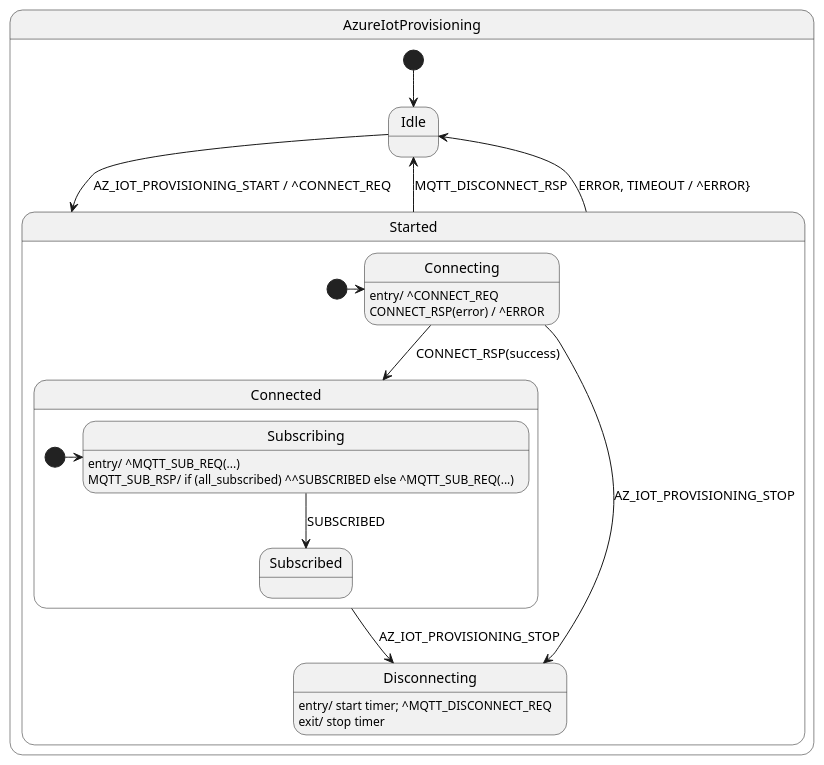
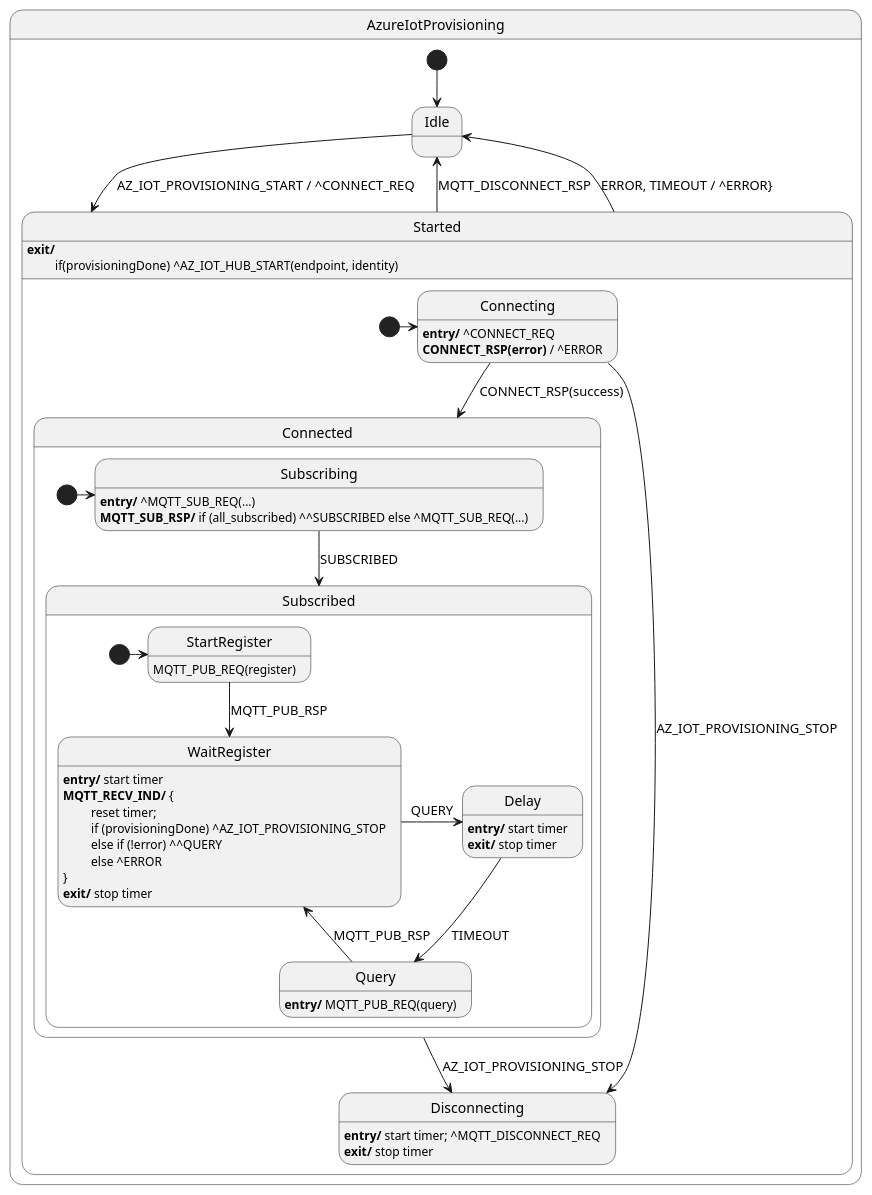
The diagram in sdk/docs/iot/resources/iot_hsm_provisioning.puml (vaavva/azure-sdk-for-c-hfsm), drawn with PlantUML before and after one commit. The commit also changed 2 other files, not shown here.

Commit message:
Provisioning and Hub phase 1.

```diff
--- a/sdk/docs/iot/resources/iot_hsm_provisioning.puml
+++ b/sdk/docs/iot/resources/iot_hsm_provisioning.puml
@@ -1,37 +1,64 @@
 @startuml
 
 state AzureIotProvisioning {
 state Idle
     state Started {
         state Connecting
-        Connecting : entry/ ^CONNECT_REQ
-        Connecting : CONNECT_RSP(error) / ^ERROR
+        Connecting : <b>entry/</b> ^CONNECT_REQ
+        Connecting : <b>CONNECT_RSP(error)</b> / ^ERROR
 
         state Connected {
             state Subscribing
-            Subscribing : entry/ ^MQTT_SUB_REQ(...)
-            Subscribing : MQTT_SUB_RSP/ if (all_subscribed) ^^SUBSCRIBED else ^MQTT_SUB_REQ(...)
+            Subscribing : <b>entry/</b> ^MQTT_SUB_REQ(...)
+            Subscribing : <b>MQTT_SUB_RSP/</b> if (all_subscribed) ^^SUBSCRIBED else ^MQTT_SUB_REQ(...)
             state Subscribed {
+                state StartRegister
+                StartRegister : MQTT_PUB_REQ(register)
 
+                state WaitRegister
+                WaitRegister : <b>entry/</b> start timer
+                WaitRegister : <b>MQTT_RECV_IND/</b> {
+                WaitRegister : \t reset timer; 
+                WaitRegister : \t if (provisioningDone) ^AZ_IOT_PROVISIONING_STOP
+                WaitRegister : \t else if (!error) ^^QUERY
+                WaitRegister : \t else ^ERROR
+                WaitRegister : }
+                WaitRegister : <b>exit/</b> stop timer
+
+                state Delay
+                Delay : <b>entry/</b> start timer
+                Delay : <b>exit/</b> stop timer
+
+                state Query
+                Query : <b>entry/</b> MQTT_PUB_REQ(query)
+
+                [*] -> StartRegister
+                StartRegister --> WaitRegister : MQTT_PUB_RSP
+                WaitRegister -> Delay : QUERY
+                Delay --> Query : TIMEOUT
+                Query -> WaitRegister : MQTT_PUB_RSP
             }
 
             [*] -> Subscribing
             Subscribing --> Subscribed : SUBSCRIBED
         }
 
         state Disconnecting
-        Disconnecting : entry/ start timer; ^MQTT_DISCONNECT_REQ
-        Disconnecting : exit/ stop timer
+        Disconnecting : <b>entry/</b> start timer; ^MQTT_DISCONNECT_REQ
+        Disconnecting : <b>exit/</b> stop timer
 
         [*] -> Connecting
         Connecting --> Connected : CONNECT_RSP(success)
         Connecting --> Disconnecting : AZ_IOT_PROVISIONING_STOP
         Connected --> Disconnecting : AZ_IOT_PROVISIONING_STOP
     }
 
+    Started : <b>exit/</b> 
+    Started: \t if(provisioningDone) ^AZ_IOT_HUB_START(endpoint, identity)
+
     [*] --> Idle
     Idle -> Started : AZ_IOT_PROVISIONING_START / ^CONNECT_REQ
     Started --> Idle : MQTT_DISCONNECT_RSP
     Started --> Idle : ERROR, TIMEOUT / ^ERROR}
 
 @enduml
```
